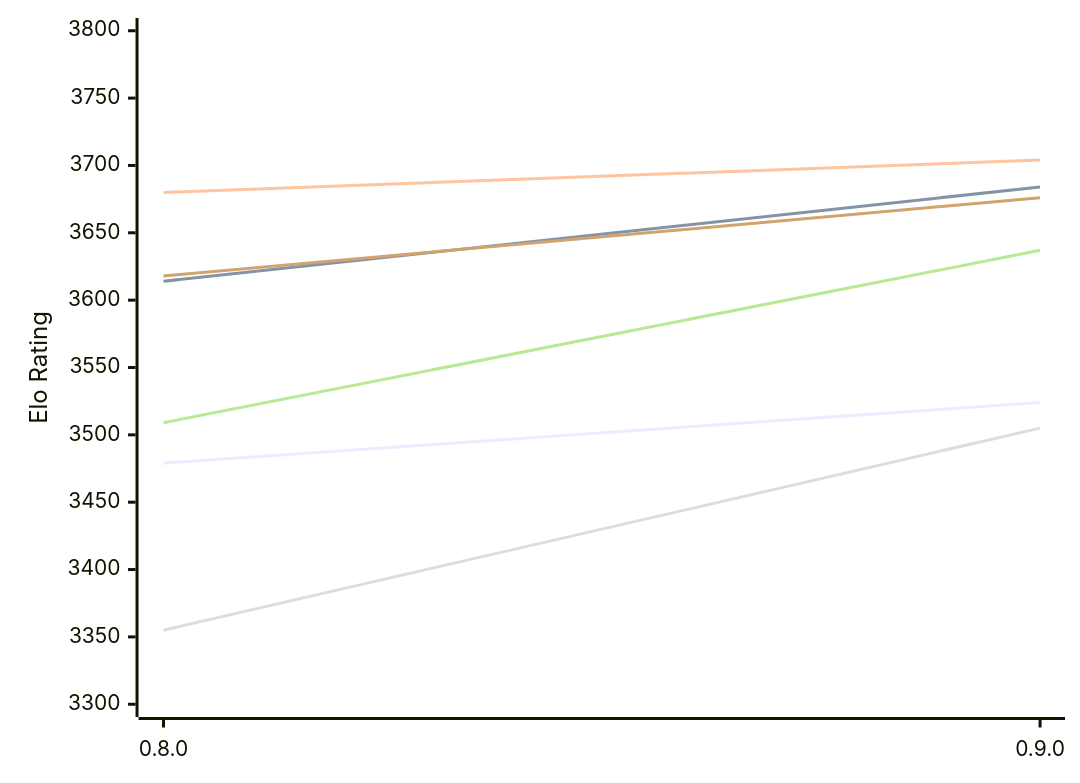
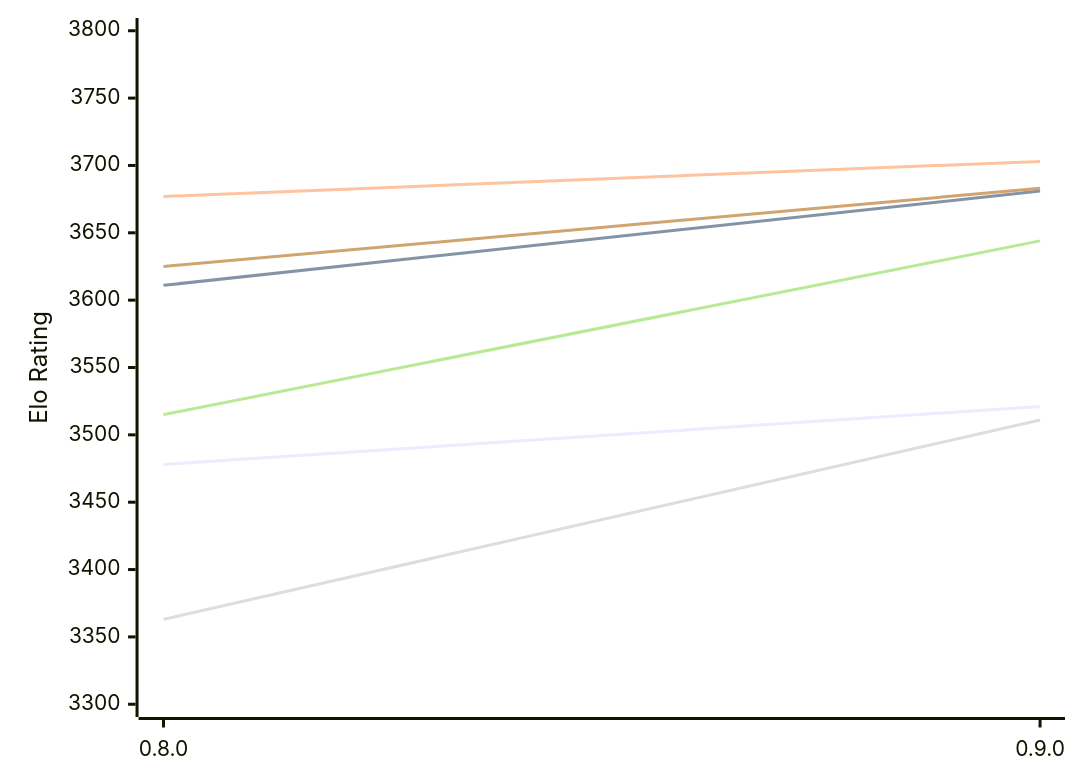
The first of 2 diagrams in engines/Reckless.md (computer-chess-index/cci), drawn with Mermaid before and after one commit. The commit also changed other lines of this file, not shown here.

Commit message:
Update CCI Ratings (ELO VLTC) - 2026-11-23

````diff
--- a/engines/Reckless.md
+++ b/engines/Reckless.md
@@ -50,12 +50,12 @@
 ```mermaid
 %%{init: {"theme":"base","themeVariables":{"seriesColors:['#a3a3a3','#222221','#faa371']}}}%%
 xychart-beta
   x-axis ["0.8.0", "0.9.0"]
   y-axis "Elo Rating" 3300 --> 3800
-  line "E1: STC (8.0+0.08s)" [3479, 3524]
-  line "E1: LTC (60.0+0.60s)" [3614, 3684]
-  line "E1: VLTC (2m24s+1.12s)" [3680, 3704]
-  line "P1: STC (8.0+0.08s)" [3355, 3505]
-  line "P1: LTC (60.0+0.60s)" [3509, 3637]
-  line "P1: VLTC (2m24s+1.12s)" [3618, 3676]
+  line "E1: STC (8.0+0.08s)" [3478, 3521]
+  line "E1: LTC (60.0+0.60s)" [3611, 3681]
+  line "E1: VLTC (2m24s+1.12s)" [3677, 3703]
+  line "P1: STC (8.0+0.08s)" [3363, 3511]
+  line "P1: LTC (60.0+0.60s)" [3515, 3644]
+  line "P1: VLTC (2m24s+1.12s)" [3625, 3683]
 ```
````
